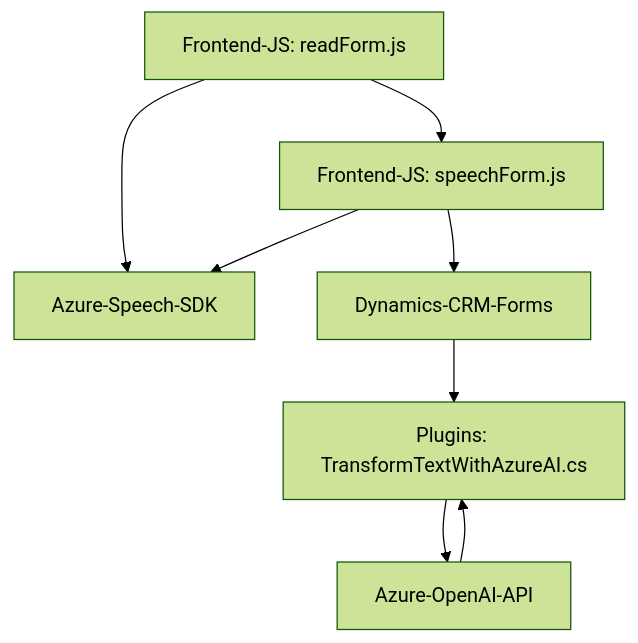
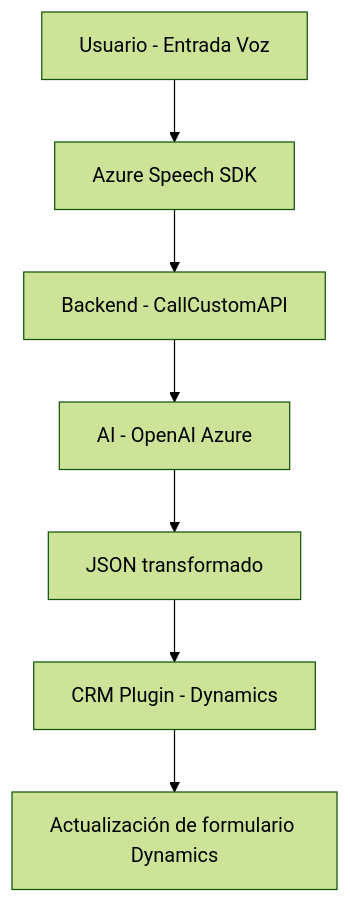
The diagram in README.md (blopezdm/NETCORE_BILBAO2025), drawn with Mermaid (forest theme) before and after one commit. The commit also changed other lines of this file, not shown here.

````diff
--- a/README.md
+++ b/README.md
@@ -36,10 +48,9 @@
 ```mermaid
 graph TD
-    A["Frontend-JS: readForm.js"] --> B["Frontend-JS: speechForm.js"]
-    A["Frontend-JS: readForm.js"] --> C["Azure-Speech-SDK"]
-    B["Frontend-JS: speechForm.js"] --> C["Azure-Speech-SDK"]
-    B["Frontend-JS: speechForm.js"] --> D["Dynamics-CRM-Forms"]
-    D["Dynamics-CRM-Forms"] --> E["Plugins: TransformTextWithAzureAI.cs"]
-    E["Plugins: TransformTextWithAzureAI.cs"] --> F["Azure-OpenAI-API"]
-    F["Azure-OpenAI-API"] --> E["Plugins: TransformTextWithAzureAI.cs"]
+    A["Usuario - Entrada Voz"] --> B["Azure Speech SDK"]
+    B --> C["Backend - CallCustomAPI"]
+    C --> D["AI - OpenAI Azure"]
+    D --> E["JSON transformado"]
+    E --> F["CRM Plugin - Dynamics"]
+    F --> G["Actualización de formulario Dynamics"]
 ```
````
